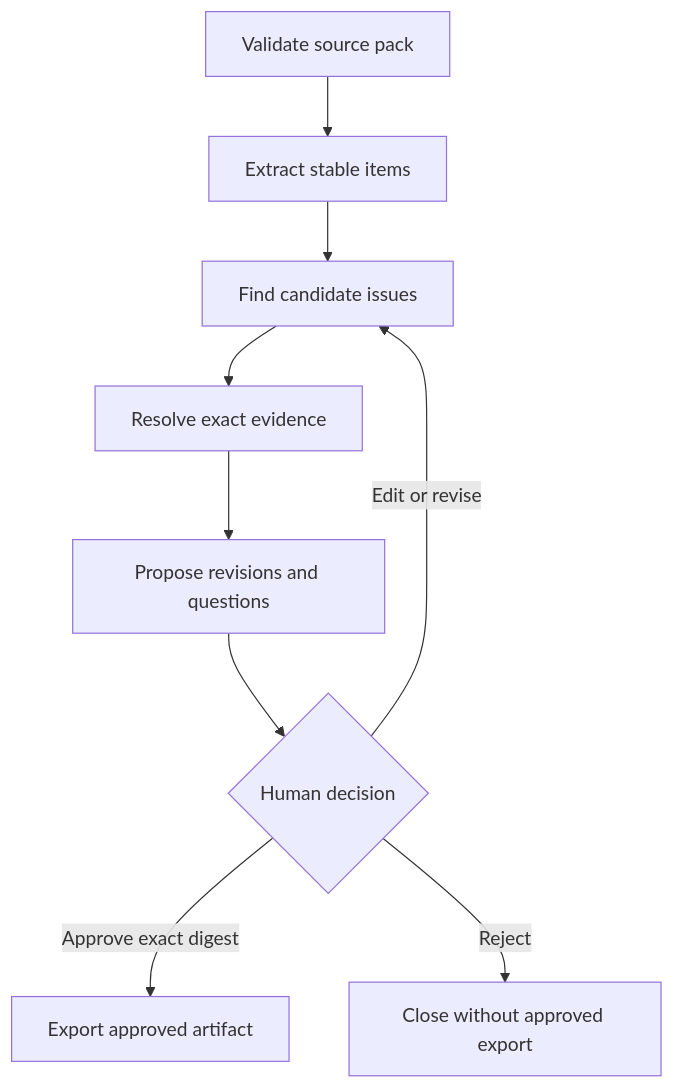
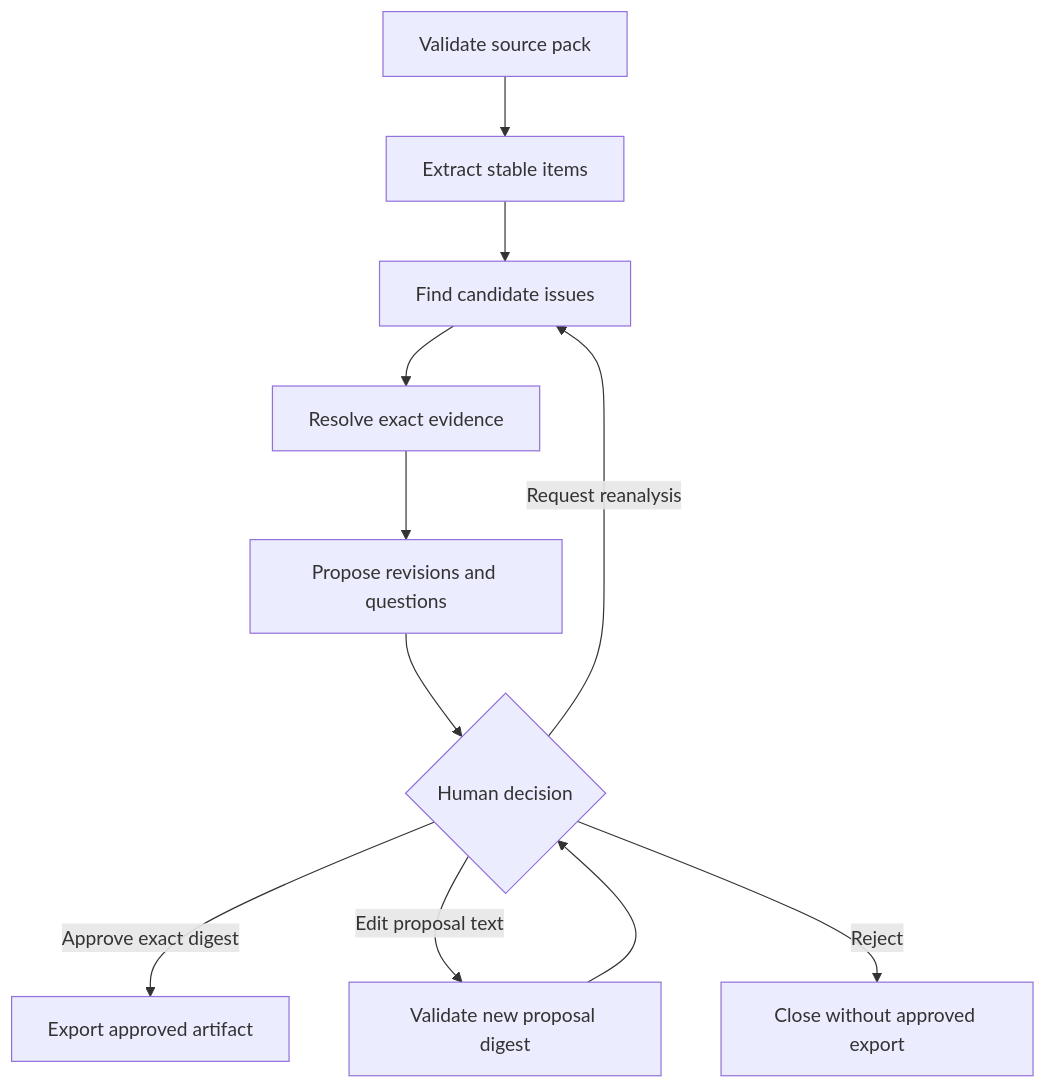
Before and after one commit to DameurMounir/requirements-quality-agent: the second of 2 diagrams in docs/02-analysis-models/current-and-controlled-process.md, drawn with Mermaid. The commit also changed other lines of this file and 57 other files, not shown here.

````diff
--- a/docs/02-analysis-models/current-and-controlled-process.md
+++ b/docs/02-analysis-models/current-and-controlled-process.md
@@ -23,11 +23,13 @@
 ```mermaid
 flowchart TD
     A["Validate source pack"] --> B["Extract stable items"]
     B --> C["Find candidate issues"]
     C --> D["Resolve exact evidence"]
     D --> E["Propose revisions and questions"]
     E --> F{"Human decision"}
     F -->|Approve exact digest| G["Export approved artifact"]
-    F -->|Edit or revise| C
+    F -->|Edit proposal text| I["Validate new proposal digest"]
+    I --> F
+    F -->|Request reanalysis| C
     F -->|Reject| H["Close without approved export"]
 ```
````
